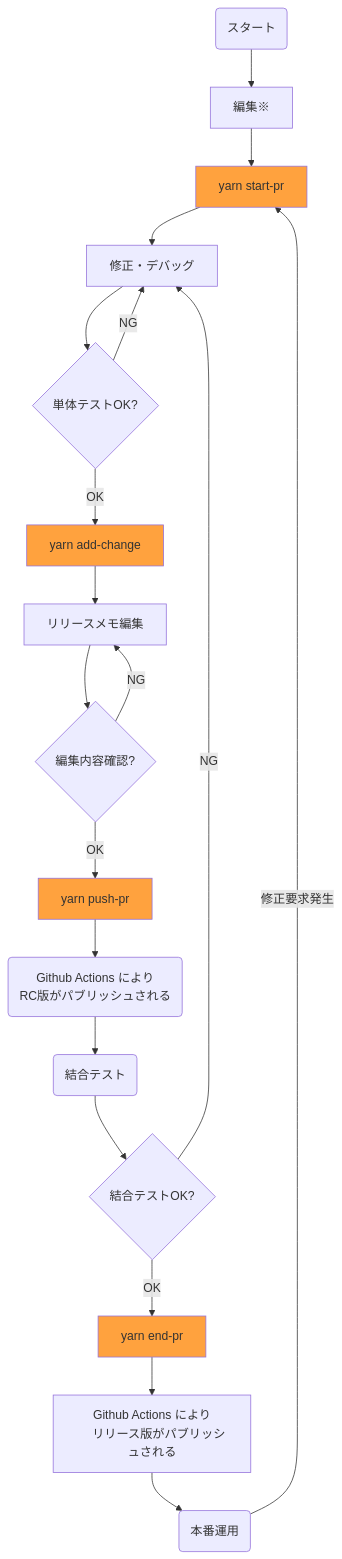
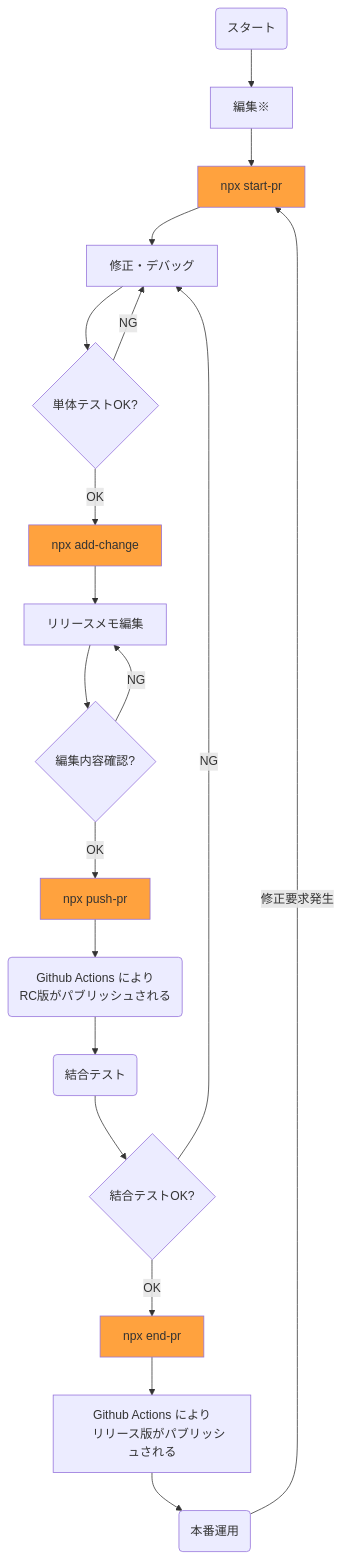
The diagram in README.md (procube-open/cs-tools), drawn with Mermaid before and after one commit. The commit also changed other lines of this file and 8 other files, not shown here.

````diff
--- a/README.md
+++ b/README.md
@@ -29,19 +29,19 @@
 ```mermaid
 graph TD;
-    A("スタート")-->B["編集※"]-->C["yarn start-pr"]-->D["修正・デバッグ"]-->E{"単体テストOK?"}
-    E-->|"OK"| F["yarn add-change"]-->J["リリースメモ編集"]-->K{"編集内容確認?"}
-    K-->|"OK"|I["yarn push-pr"]
+    A("スタート")-->B["編集※"]-->C["npx start-pr"]-->D["修正・デバッグ"]-->E{"単体テストOK?"}
+    E-->|"OK"| F["npx add-change"]-->J["リリースメモ編集"]-->K{"編集内容確認?"}
+    K-->|"OK"|I["npx push-pr"]
     I-->L("Github Actions により
     RC版がパブリッシュされる")-->O("結合テスト")-->G{"結合テストOK?"}
     K-->|"NG"| J
     E-->|"NG"| D
-    G-->|"OK"| H["yarn end-pr"]
+    G-->|"OK"| H["npx end-pr"]
     H-->M["Github Actions により
     リリース版がパブリッシュされる"]
     M-->N("本番運用")-->|"修正要求発生"|C
     G-->|"NG"| D
     style C fill:#ffa23e
     style F fill:#ffa23e
     style I fill:#ffa23e
     style H fill:#ffa23e
 ```
````
